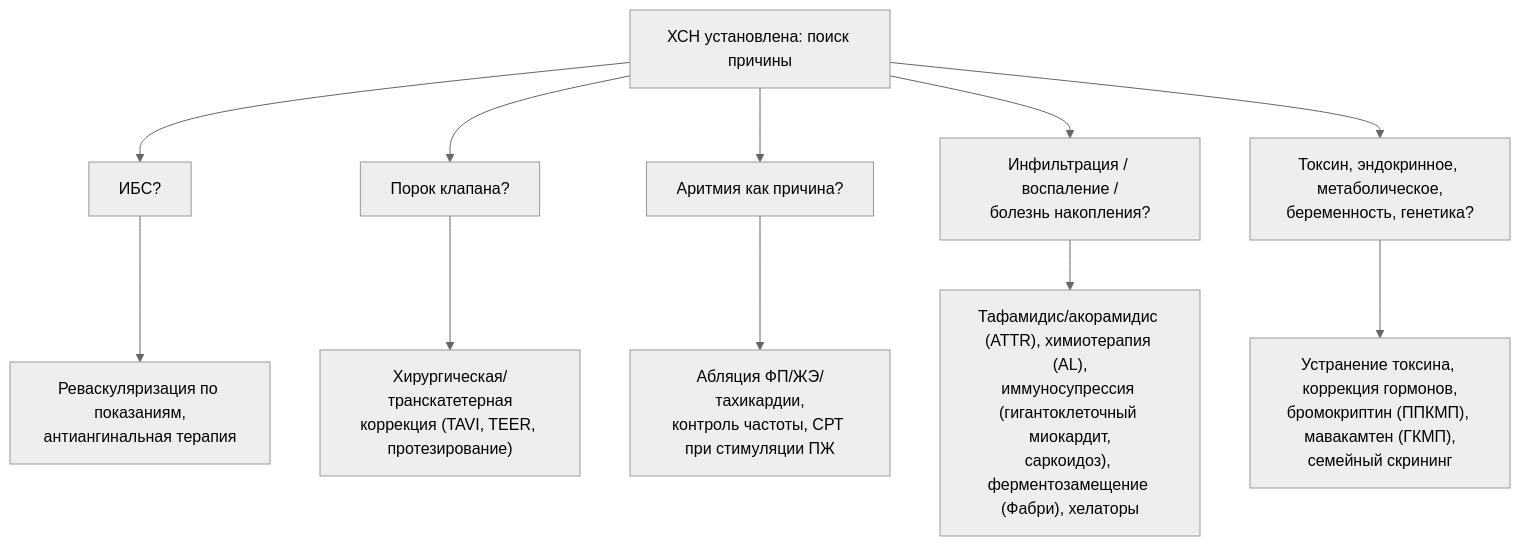
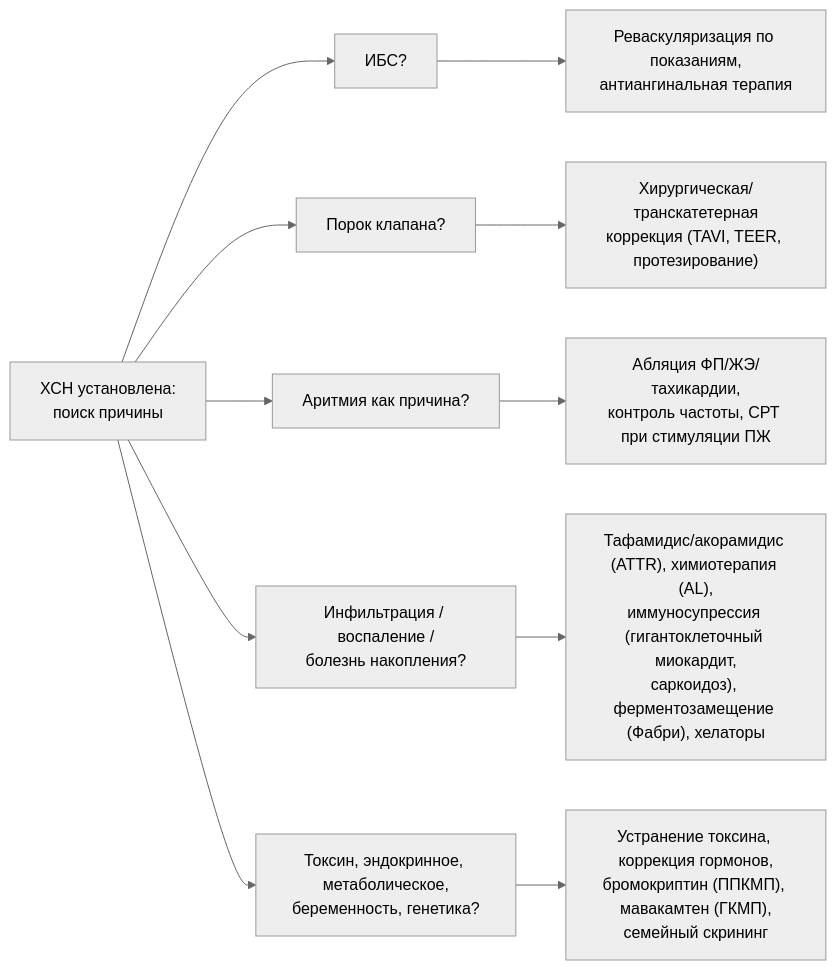
The diagram in лекция/18-etiotropnye.md (metalinjector/-), drawn with Mermaid (neutral theme) before and after one commit. The commit also changed other lines of this file and 26 other files, not shown here.

Commit message:
Разделы 24–32, глоссарий, источники; правки схем и перекрёстных ссылок

````diff
--- a/лекция/18-etiotropnye.md
+++ b/лекция/18-etiotropnye.md
@@ -7,13 +7,13 @@
 ```mermaid
-flowchart TD
-    A["ХСН установлена: поиск причины"] --> B["ИБС?"]
+flowchart LR
+    A["ХСН установлена:<br/>поиск причины"] --> B["ИБС?"]
     A --> C["Порок клапана?"]
     A --> D["Аритмия как причина?"]
     A --> E["Инфильтрация / воспаление /<br/>болезнь накопления?"]
     A --> F["Токсин, эндокринное, метаболическое,<br/>беременность, генетика?"]
     B --> B1["Реваскуляризация по показаниям,<br/>антиангинальная терапия"]
     C --> C1["Хирургическая/транскатетерная<br/>коррекция (TAVI, TEER, протезирование)"]
     D --> D1["Абляция ФП/ЖЭ/тахикардии,<br/>контроль частоты, СРТ при стимуляции ПЖ"]
     E --> E1["Тафамидис/акорамидис (ATTR), химиотерапия (AL),<br/>иммуносупрессия (гигантоклеточный миокардит,<br/>саркоидоз), ферментозамещение (Фабри), хелаторы"]
     F --> F1["Устранение токсина, коррекция гормонов,<br/>бромокриптин (ППКМП), мавакамтен (ГКМП),<br/>семейный скрининг"]
 ```
````
